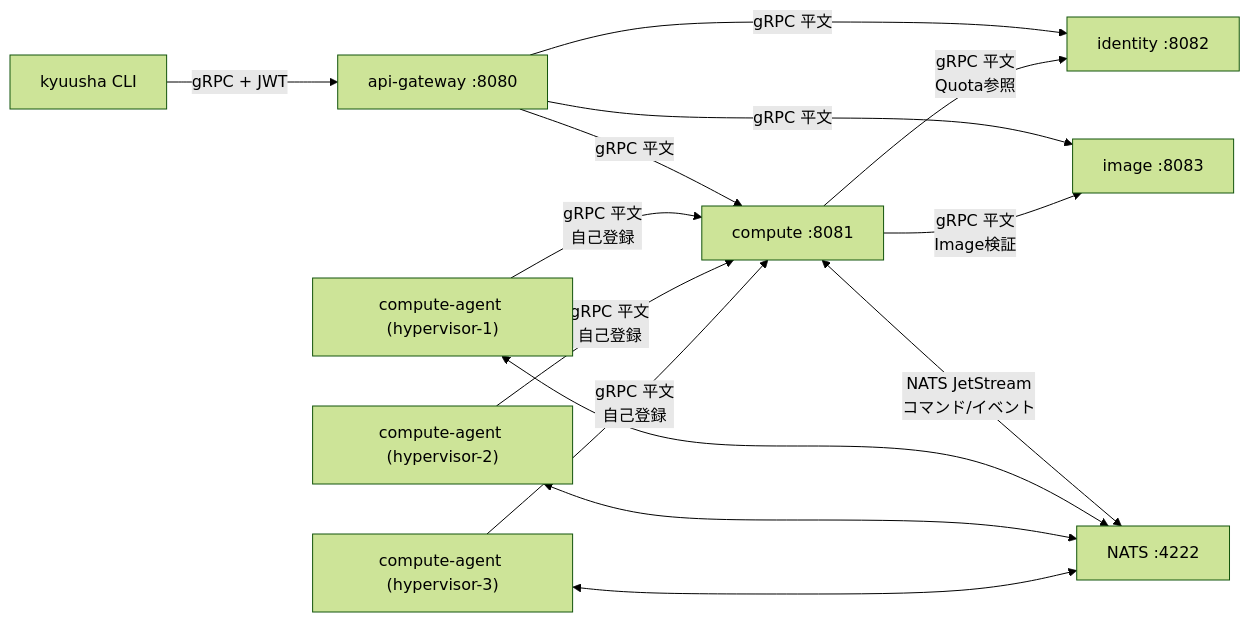
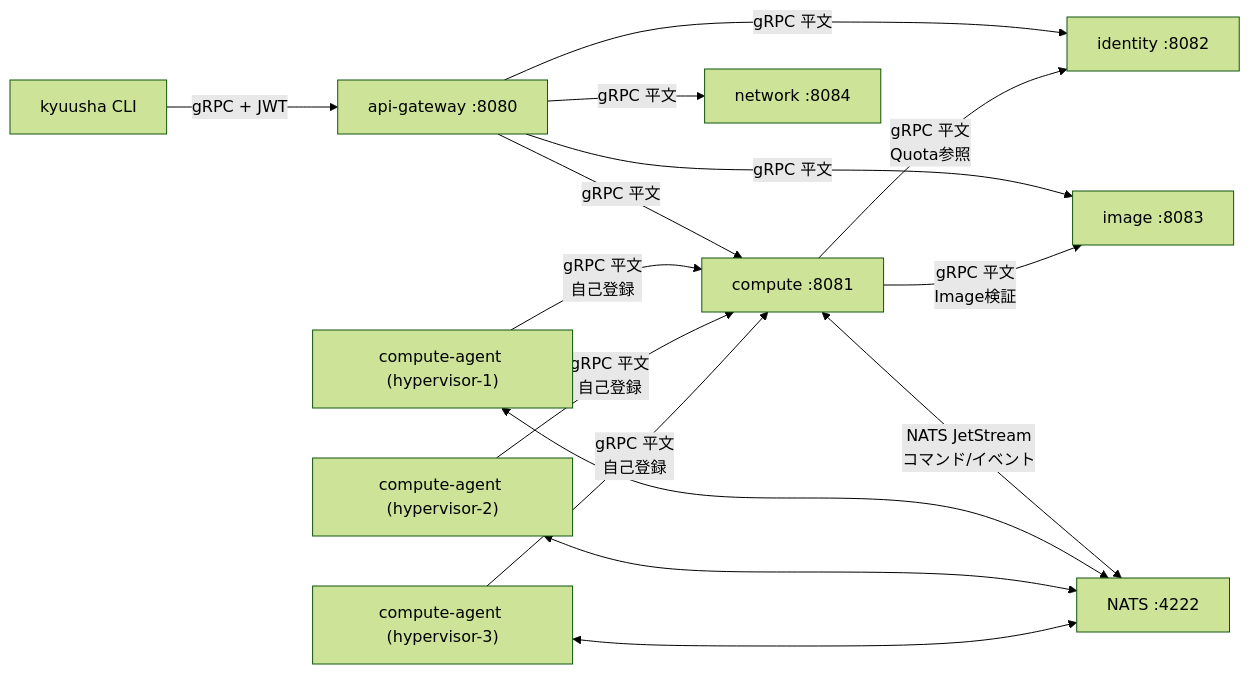
Before and after one commit to kiyuta1230/kyuusha: the diagram in docs/specs/system-overview.md, drawn with Mermaid (forest theme). The commit also changed other lines of this file and 27 other files, not shown here.

````diff
--- a/docs/specs/system-overview.md
+++ b/docs/specs/system-overview.md
@@ -24,16 +25,17 @@
 ```mermaid
 flowchart LR
     CLI["kyuusha CLI"] -->|gRPC + JWT| GW["api-gateway :8080"]
     GW -->|gRPC 平文| ID["identity :8082"]
     GW -->|gRPC 平文| CO["compute :8081"]
     GW -->|gRPC 平文| IMG["image :8083"]
+    GW -->|gRPC 平文| NET["network :8084"]
     CO -->|gRPC 平文\nQuota参照| ID
     CO -->|gRPC 平文\nImage検証| IMG
     CA1["compute-agent (hypervisor-1)"] -->|gRPC 平文\n自己登録| CO
     CA2["compute-agent (hypervisor-2)"] -->|gRPC 平文\n自己登録| CO
     CA3["compute-agent (hypervisor-3)"] -->|gRPC 平文\n自己登録| CO
     CO <-->|NATS JetStream\nコマンド/イベント| NATS["NATS :4222"]
     CA1 <--> NATS
     CA2 <--> NATS
     CA3 <--> NATS
 ```
````
